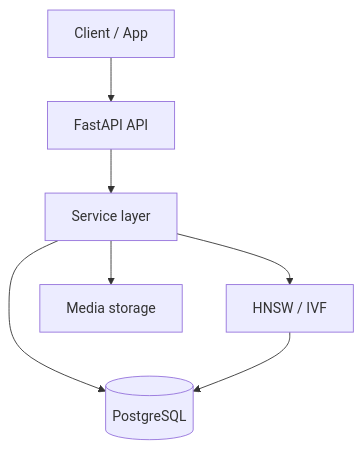
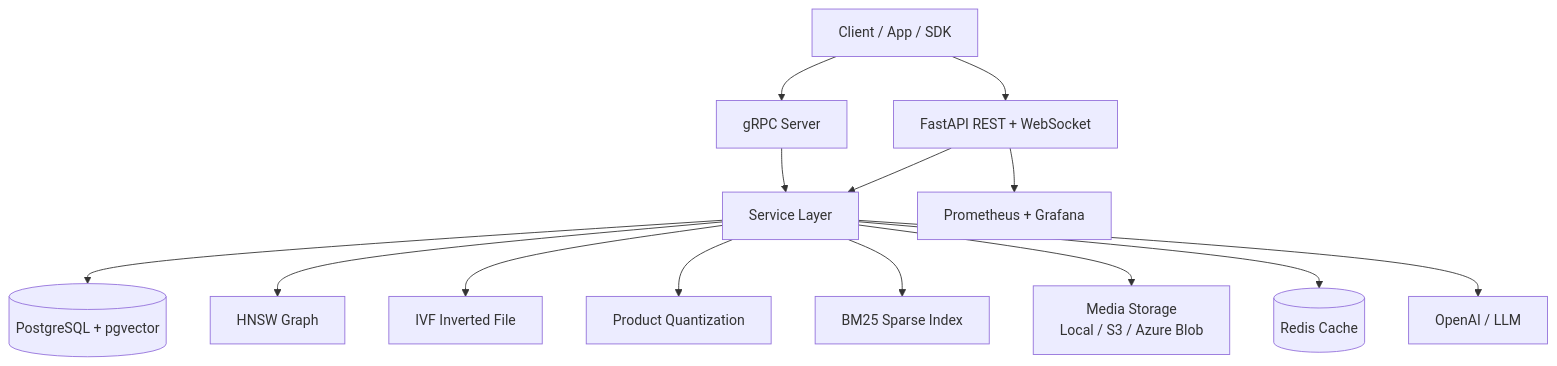
Before and after one commit to KunjShah95/BUILDING-MY-OWN-VECTOR-DB: the diagram in readme.md, drawn with Mermaid. The commit also changed other lines of this file and 18 other files, not shown here.

Commit message:
feat: implement all 10 roadmap features - S3/Azure storage, ingestion queue, SQL pre-filtering, int8 quantization, audio chunking, time-series, GraphQL, per-collection IVF, CLIP tuning, distributed partitioning

````diff
--- a/readme.md
+++ b/readme.md
@@ -557,16 +76,30 @@
 ```mermaid
 graph TB
-    Client[Client / App]
-    API[FastAPI API]
-    Services[Service layer]
-    DB[(PostgreSQL)]
-    Indexes[HNSW / IVF]
-    Media[Media storage]
+    Client[Client / App / SDK]
+    API[FastAPI REST + WebSocket]
+    gRPC[gRPC Server]
+    Services[Service Layer]
+    DB[(PostgreSQL + pgvector)]
+    HNSWIndex[HNSW Graph]
+    IVFIndex[IVF Inverted File]
+    PQIndex[Product Quantization]
+    BM25[BM25 Sparse Index]
+    Media[Media Storage<br/>Local / S3 / Azure Blob]
+    Redis[(Redis Cache)]
+    LLM[OpenAI / LLM]
+    Monitoring[Prometheus + Grafana]
 
     Client --> API
+    Client --> gRPC
     API --> Services
+    gRPC --> Services
     Services --> DB
-    Services --> Indexes
+    Services --> HNSWIndex
+    Services --> IVFIndex
+    Services --> PQIndex
+    Services --> BM25
     Services --> Media
-    Indexes --> DB
+    Services --> Redis
+    Services --> LLM
+    API --> Monitoring
 ```
````
